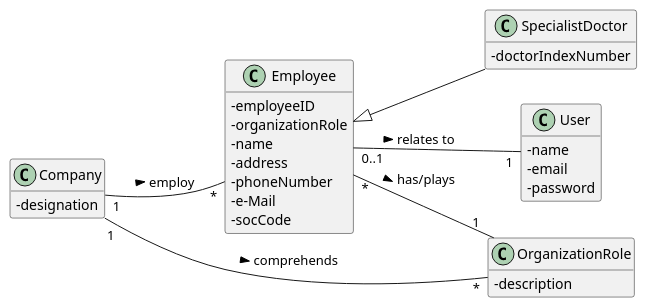
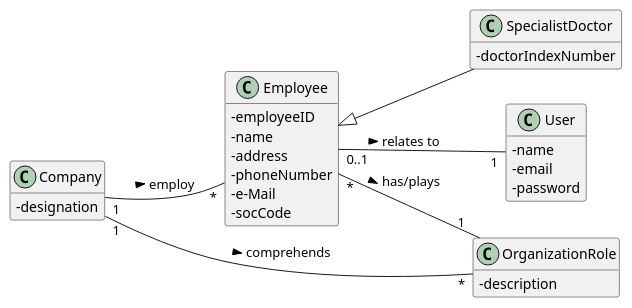
Before and after one commit to ana-albergaria/LAPR2-ISEP: the diagram in docs/SprintB/US_7/US7_MD.puml, drawn with PlantUML. The commit also changed 9 other files, not shown here.

```diff
--- a/docs/SprintB/US_7/US7_MD.puml
+++ b/docs/SprintB/US_7/US7_MD.puml
@@ -1,46 +1,45 @@
 @startuml
 
 skinparam classAttributeIconSize 0
 hide empty methods
 hide empty attributes
 left to right direction
 
 class Company{
 - designation
 }
 
 class Employee {
 - employeeID
-- organizationRole
 - name
 - address
 - phoneNumber
 - e-Mail
 - socCode
 }
 
 class User {
 -name
 -email
 -password
 }
 
 class OrganizationRole {
 -description
 }
 
 class SpecialistDoctor{
 - doctorIndexNumber
 }
 
 Employee "*" -- "1" Company : employ <
 Employee "0..1" -- "1" User : relates to >
 Employee <|-- SpecialistDoctor
 Employee "*" -- "1" OrganizationRole : has/plays >
 Company "1" -- "*" OrganizationRole : comprehends >
 
 Company -[hidden]down-> Employee
 
 
 
 @enduml
```
